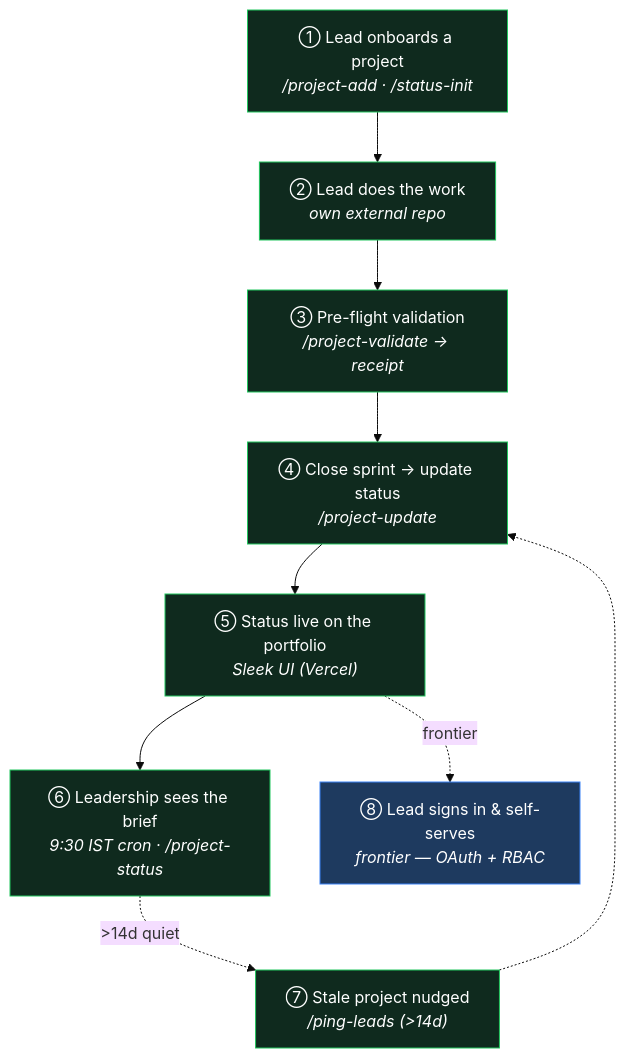
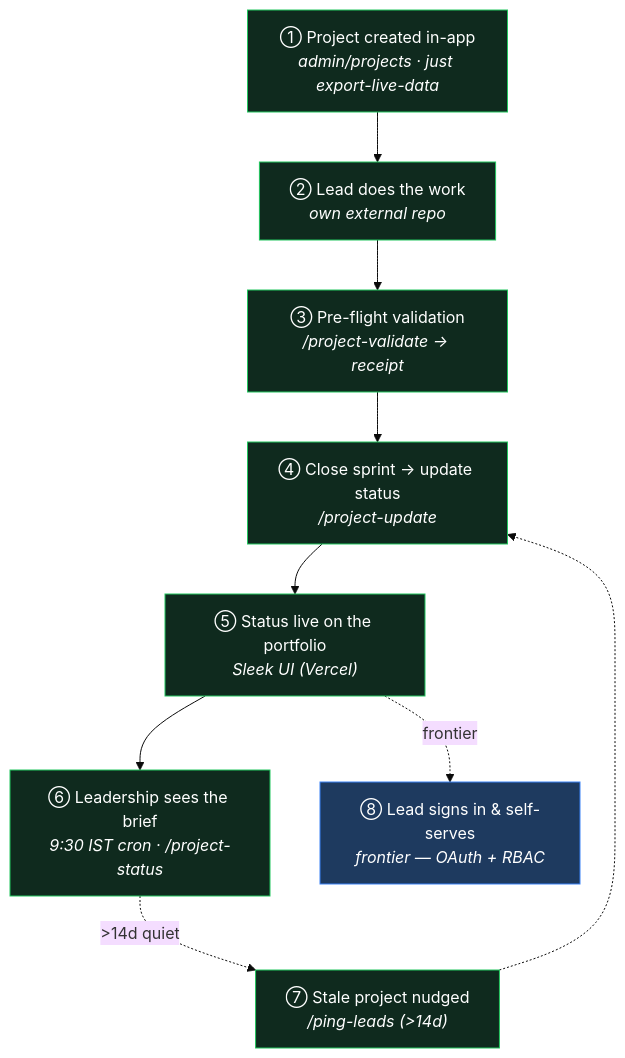
One commit to agni-eialarasu/cetana-labs changed the diagram in docs/reference/capability-map.md. Above: the diagram before and after it, drawn with Mermaid (base theme). The commit also changed other lines of this file and 15 other files, not shown here.

````diff
--- a/docs/reference/capability-map.md
+++ b/docs/reference/capability-map.md
@@ -58,19 +58,19 @@
 ```mermaid
 flowchart TD
-    O["① Lead onboards a project<br/><i>/project-add · /status-init</i>"]
+    O["① Project created in-app<br/><i>admin/projects · just export-live-data</i>"]
     W["② Lead does the work<br/><i>own external repo</i>"]
     V["③ Pre-flight validation<br/><i>/project-validate → receipt</i>"]
     U["④ Close sprint → update status<br/><i>/project-update</i>"]
     P["⑤ Status live on the portfolio<br/><i>Sleek UI (Vercel)</i>"]
     B["⑥ Leadership sees the brief<br/><i>9:30 IST cron · /project-status</i>"]
     N["⑦ Stale project nudged<br/><i>/ping-leads (>14d)</i>"]
     A["⑧ Lead signs in &amp; self-serves<br/><i>frontier — OAuth + RBAC</i>"]
     O --> W --> V --> U --> P --> B
     B -.->|">14d quiet"| N -.-> U
     P -.->|"frontier"| A
 
     classDef ship fill:#0f2a1e,stroke:#22c55e,color:#fff;
     classDef front fill:#1e3a5f,stroke:#3b82f6,color:#fff;
     class O,W,V,U,P,B,N ship;
     class A front;
 ```
````
